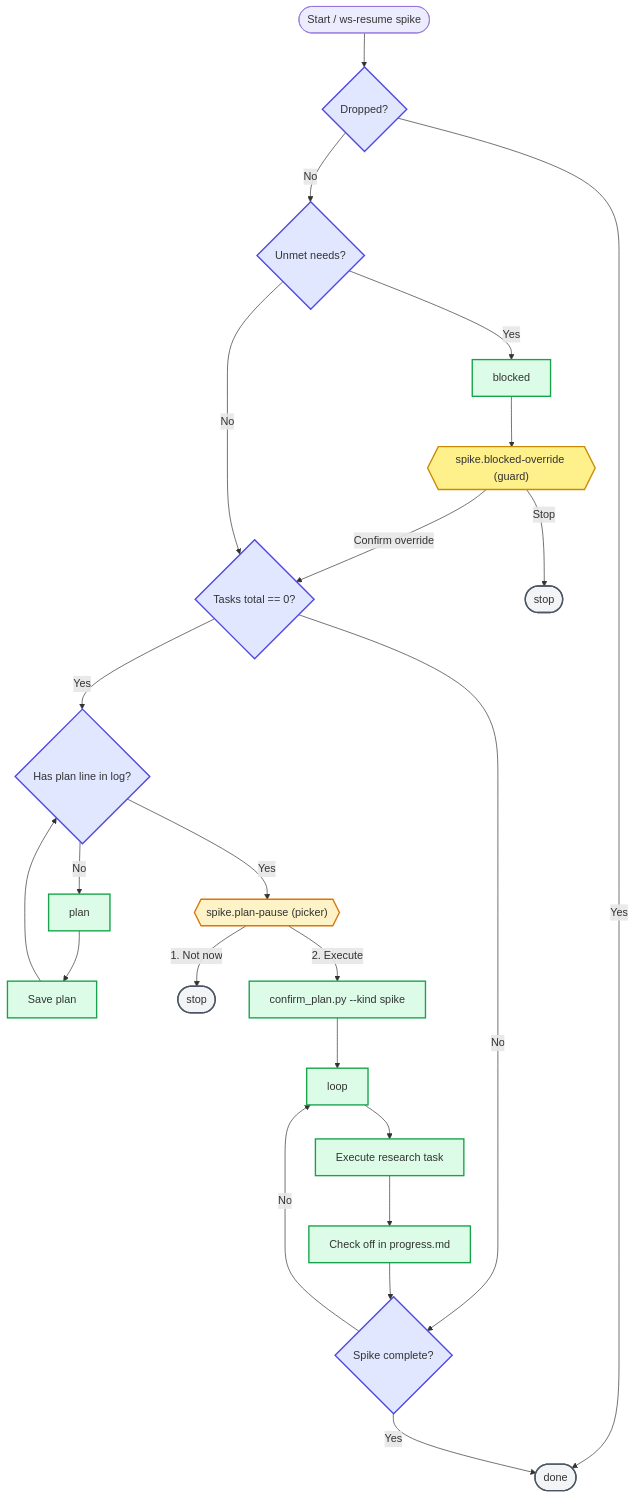
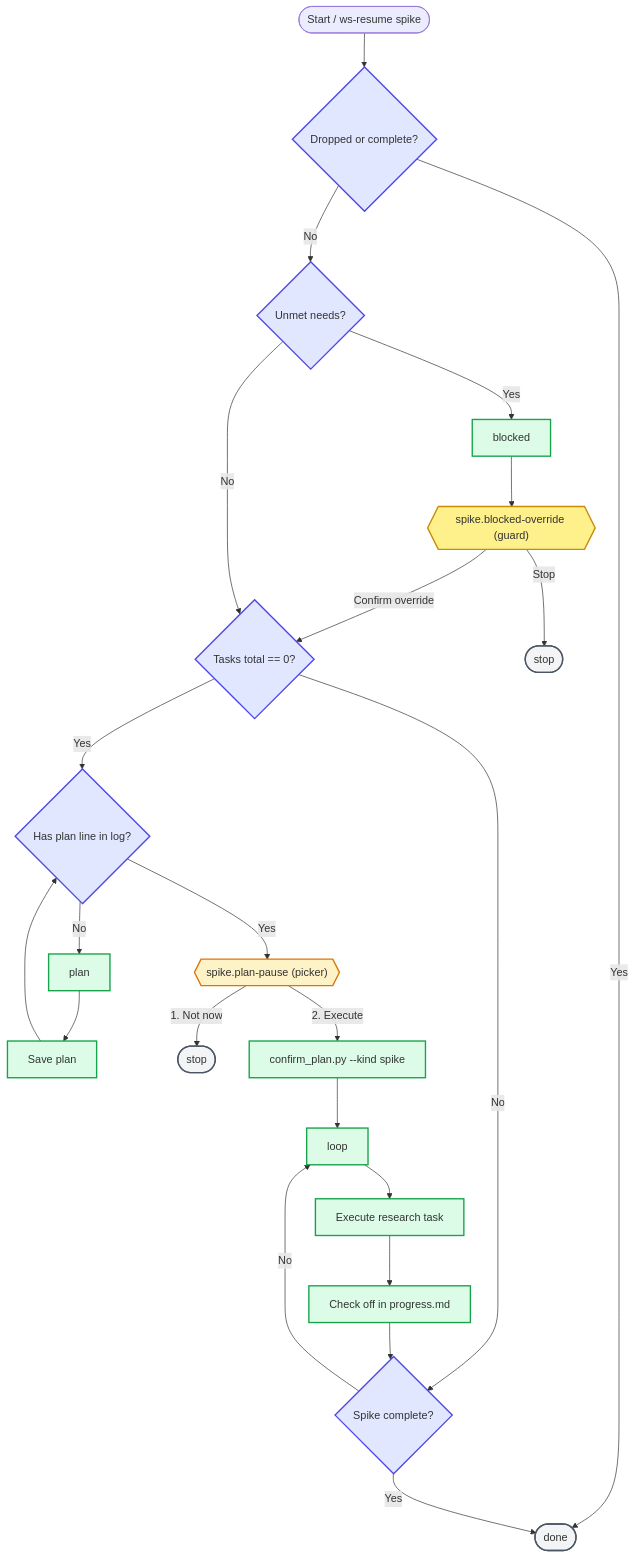
The diagram in plugins/workstreams/skills/ws/references/flows/diagrams/resume-spike.mmd (caioariede/claude-plugins), drawn with Mermaid before and after one commit. The commit also changed 24 other files, not shown here.

Commit message:
feat(workstreams): unify terminal model on scope complete (0.36.0)

```diff
--- a/plugins/workstreams/skills/ws/references/flows/diagrams/resume-spike.mmd
+++ b/plugins/workstreams/skills/ws/references/flows/diagrams/resume-spike.mmd
@@ -1,40 +1,40 @@
 flowchart TD
     %% ws-resume spike execution flow
 
-    start([Start / ws-resume spike]) --> check_dropped{Dropped?}
-    check_dropped -- Yes --> done([done])
-    check_dropped -- No --> check_needs{Unmet needs?}
+    start([Start / ws-resume spike]) --> check_terminal{Dropped or complete?}
+    check_terminal -- Yes --> done([done])
+    check_terminal -- No --> check_needs{Unmet needs?}
     
     check_needs -- Yes --> blocked[blocked]
     blocked --> guard_blocked{{"spike.blocked-override (guard)"}}
     guard_blocked -- Confirm override --> check_zero_tasks
     guard_blocked -- Stop --> stop_blocked([stop])
     
     check_needs -- No --> check_zero_tasks{Tasks total == 0?}
     
     check_zero_tasks -- Yes --> check_plan_line{Has plan line in log?}
     check_plan_line -- No --> plan[plan]
     plan --> plan_save[Save plan] --> check_plan_line
     check_plan_line -- Yes --> plan_pause{{"spike.plan-pause (picker)"}}
     
     plan_pause -- "1. Not now" --> stop_plan([stop])
     plan_pause -- "2. Execute" --> confirm_plan[confirm_plan.py --kind spike] --> loop
     
     check_zero_tasks -- No --> check_complete{Spike complete?}
     check_complete -- No --> loop[loop]
     loop --> execute_task[Execute research task] --> check_off[Check off in progress.md] --> check_complete
     
     check_complete -- Yes --> done
 
     classDef picker fill:#fef3c7,stroke:#d97706,stroke-width:2px;
     classDef action_stop fill:#fee2e2,stroke:#dc2626,stroke-width:2px;
     classDef terminal fill:#f3f4f6,stroke:#4b5563,stroke-width:2px;
     classDef condition fill:#e0e7ff,stroke:#4f46e5,stroke-width:2px;
     classDef action fill:#dcfce7,stroke:#16a34a,stroke-width:2px;
     classDef guard fill:#fef08a,stroke:#ca8a04,stroke-width:2px;
 
     class plan_pause picker;
     class done,stop_plan,stop_blocked terminal;
-    class check_dropped,check_needs,check_zero_tasks,check_plan_line,check_complete condition;
+    class check_terminal,check_needs,check_zero_tasks,check_plan_line,check_complete condition;
     class plan,loop,confirm_plan,execute_task,check_off,plan_save,blocked action;
     class guard_blocked guard;
```
